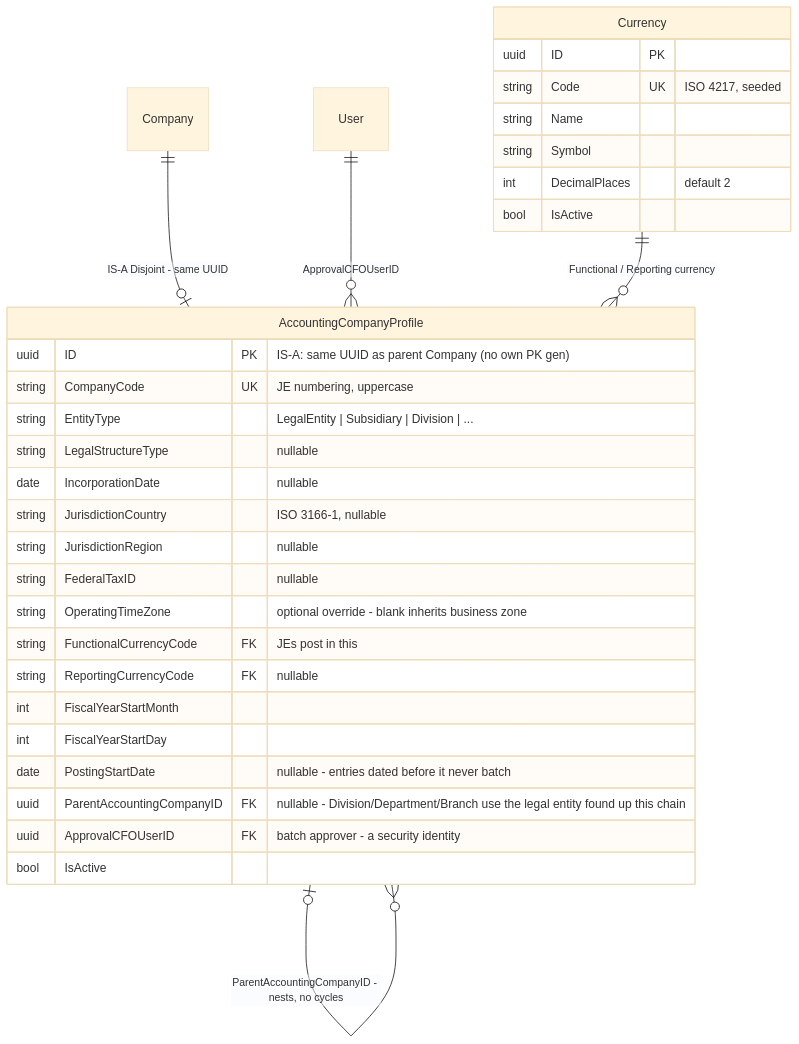
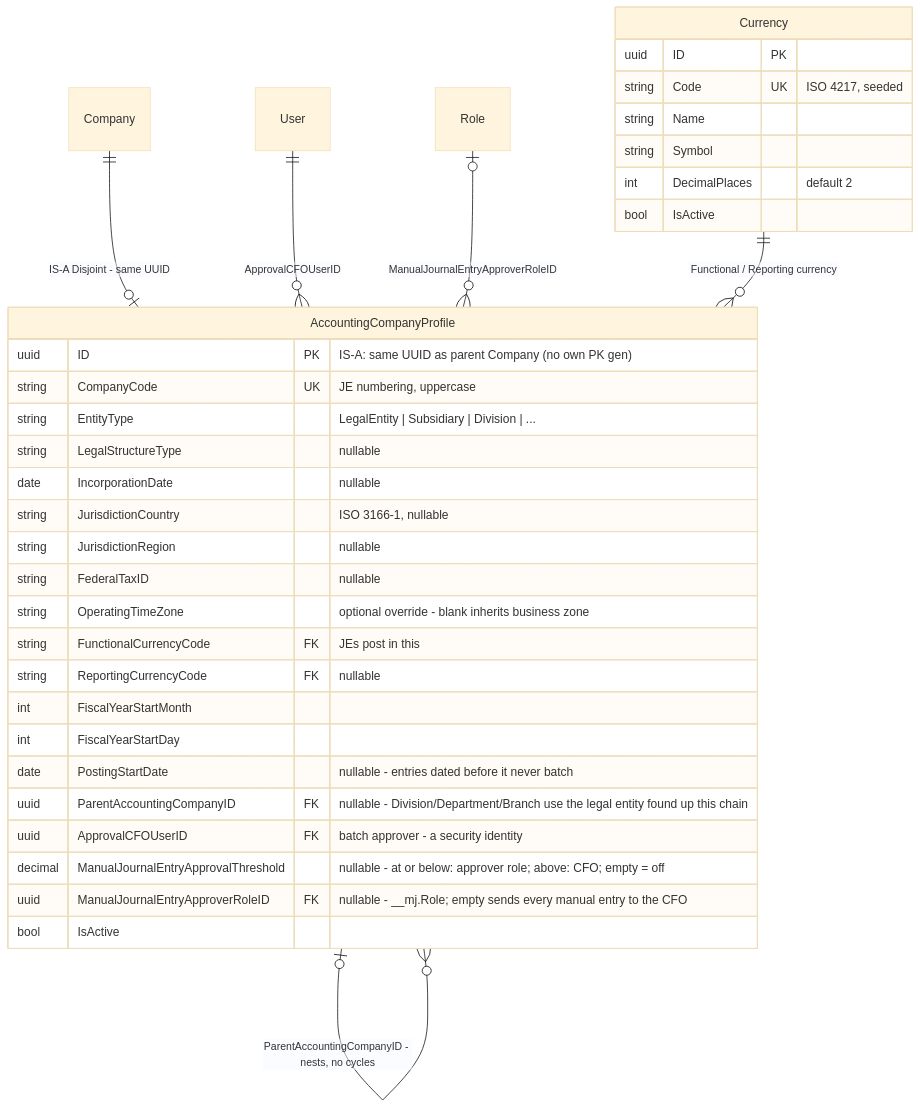
The third of 14 diagrams in docs/bizapps-accounting-erd.md (MemberJunction/bizapps-accounting), drawn with Mermaid (base theme) before and after one commit. The commit also changed other lines of this file and 23 other files, not shown here.

Commit message:
feat(accounting): approve manual journal entries before they batch (golive #353)

````diff
--- a/docs/bizapps-accounting-erd.md
+++ b/docs/bizapps-accounting-erd.md
@@ -564,35 +584,38 @@
 ```mermaid
 erDiagram
     Company ||--o| AccountingCompanyProfile : "IS-A Disjoint - same UUID"
     User ||--o{ AccountingCompanyProfile : "ApprovalCFOUserID"
+    Role |o--o{ AccountingCompanyProfile : "ManualJournalEntryApproverRoleID"
     Currency ||--o{ AccountingCompanyProfile : "Functional / Reporting currency"
     AccountingCompanyProfile |o--o{ AccountingCompanyProfile : "ParentAccountingCompanyID - nests, no cycles"
 
     AccountingCompanyProfile {
         uuid ID PK "IS-A: same UUID as parent Company (no own PK gen)"
         string CompanyCode UK "JE numbering, uppercase"
         string EntityType "LegalEntity | Subsidiary | Division | ..."
         string LegalStructureType "nullable"
         date IncorporationDate "nullable"
         string JurisdictionCountry "ISO 3166-1, nullable"
         string JurisdictionRegion "nullable"
         string FederalTaxID "nullable"
         string OperatingTimeZone "optional override - blank inherits business zone"
         string FunctionalCurrencyCode FK "JEs post in this"
         string ReportingCurrencyCode FK "nullable"
         int FiscalYearStartMonth
         int FiscalYearStartDay
         date PostingStartDate "nullable - entries dated before it never batch"
         uuid ParentAccountingCompanyID FK "nullable - Division/Department/Branch use the legal entity found up this chain"
         uuid ApprovalCFOUserID FK "batch approver - a security identity"
+        decimal ManualJournalEntryApprovalThreshold "nullable - at or below: approver role; above: CFO; empty = off"
+        uuid ManualJournalEntryApproverRoleID FK "nullable - __mj.Role; empty sends every manual entry to the CFO"
         bool IsActive
     }
     Currency {
         uuid ID PK
         string Code UK "ISO 4217, seeded"
         string Name
         string Symbol
         int DecimalPlaces "default 2"
         bool IsActive
     }
 ```
````
